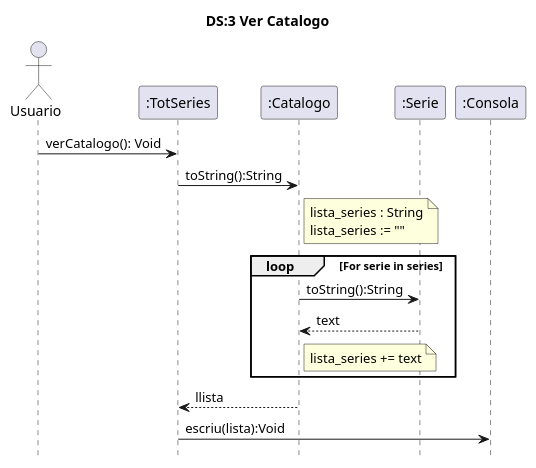
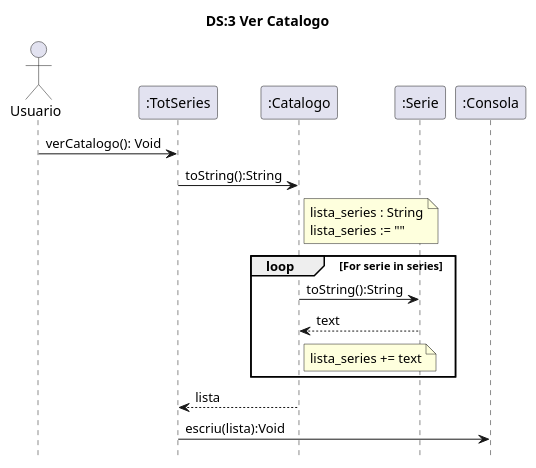
One commit to MrViciao/TotSeries changed the diagram in src/totseries/Uml/Secuencia/Diagrama de Secuencia Uc3.puml. Above: the diagram before and after it, drawn with PlantUML.

Commit message:
Update Diagrama de Secuencia Uc3.puml

```diff
--- a/src/totseries/Uml/Secuencia/Diagrama de Secuencia Uc3.puml
+++ b/src/totseries/Uml/Secuencia/Diagrama de Secuencia Uc3.puml
@@ -1,32 +1,32 @@
 @startuml
 
 title	DS:3 Ver Catalogo
 hide	footbox
 
 actor	Usuario
 participant ":TotSeries" as TotSeries
 participant ":Catalogo" as Catalogo
 participant ":Serie" as Serie
 participant ":Consola" as Consola
 
 
 Usuario -> TotSeries:verCatalogo(): Void
 TotSeries -> Catalogo:toString():String
 note right Catalogo
     lista_series : String
     lista_series := ""
 end note
 
 
 loop For serie in series
     Catalogo -> Serie:toString():String
     Serie --> Catalogo:text
     note right Catalogo
         lista_series += text
     endnote
 end
-Catalogo --> TotSeries: llista
+Catalogo --> TotSeries: lista
 TotSeries -> Consola: escriu(lista):Void
 
 
 @enduml
```
